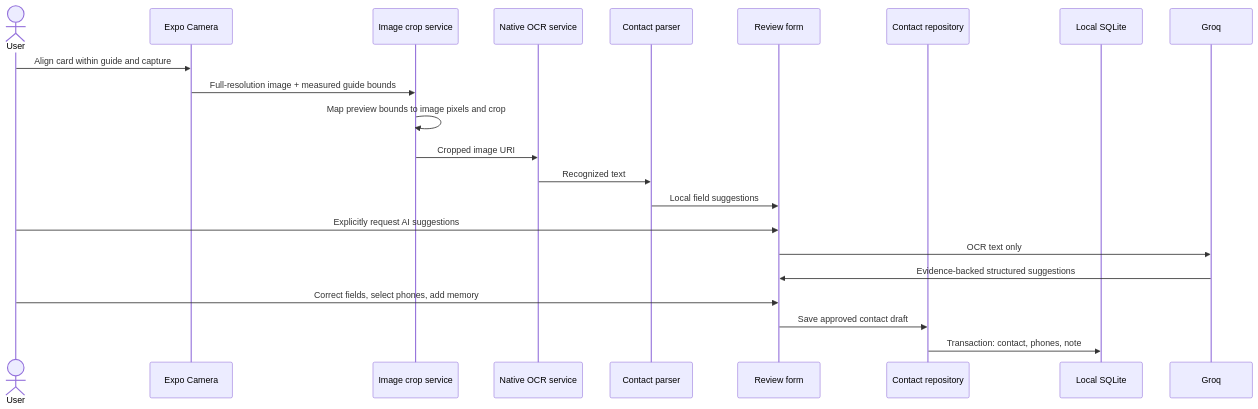
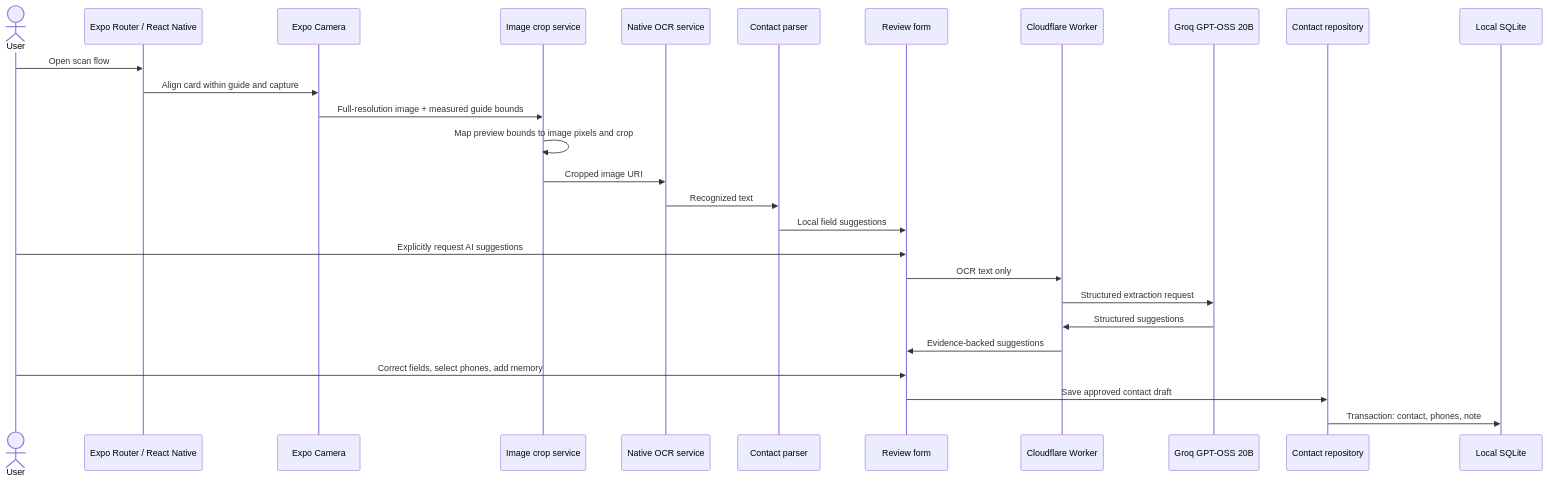
Before and after one commit to Aryan246cs/contactory: the second of 3 diagrams in PROJECT_ARCHITECTURE.md, drawn with Mermaid. The commit also changed other lines of this file and 4 other files, not shown here.

````diff
--- a/PROJECT_ARCHITECTURE.md
+++ b/PROJECT_ARCHITECTURE.md
@@ -49,23 +74,29 @@
 ```mermaid
 sequenceDiagram
   actor User
+  participant UI as Expo Router / React Native
   participant Camera as Expo Camera
   participant Crop as Image crop service
   participant OCR as Native OCR service
   participant Parser as Contact parser
   participant Review as Review form
+  participant Worker as Cloudflare Worker
+  participant Groq as Groq GPT-OSS 20B
   participant Repo as Contact repository
   participant DB as Local SQLite
-  User->>Camera: Align card within guide and capture
+  User->>UI: Open scan flow
+  UI->>Camera: Align card within guide and capture
   Camera->>Crop: Full-resolution image + measured guide bounds
   Crop->>Crop: Map preview bounds to image pixels and crop
   Crop->>OCR: Cropped image URI
   OCR->>Parser: Recognized text
   Parser->>Review: Local field suggestions
   User->>Review: Explicitly request AI suggestions
-  Review->>Groq: OCR text only
-  Groq->>Review: Evidence-backed structured suggestions
+  Review->>Worker: OCR text only
+  Worker->>Groq: Structured extraction request
+  Groq->>Worker: Structured suggestions
+  Worker->>Review: Evidence-backed suggestions
   User->>Review: Correct fields, select phones, add memory
   Review->>Repo: Save approved contact draft
   Repo->>DB: Transaction: contact, phones, note
 ```
````
